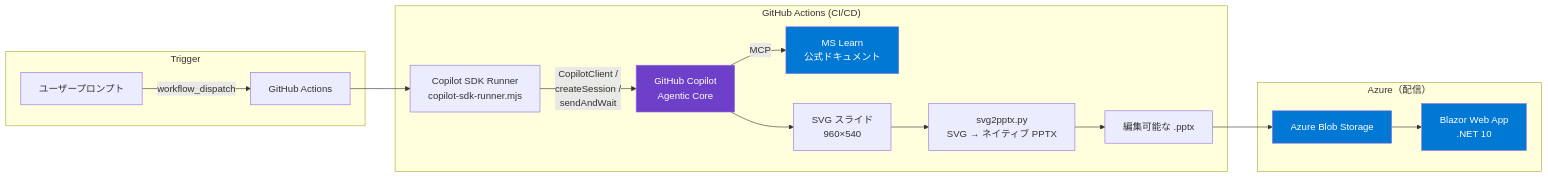
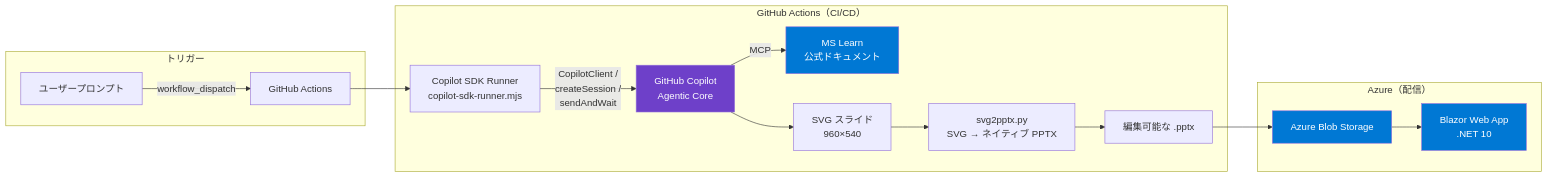
The second of 2 diagrams in README.md (kanazawazawa/copilot-agent-workspace), drawn with Mermaid before and after one commit. The commit also changed other lines of this file and 2 other files, not shown here.

````diff
--- a/README.md
+++ b/README.md
@@ -33,25 +244,25 @@
 ```mermaid
 flowchart LR
-    subgraph Trigger
+    subgraph トリガー
         A[ユーザープロンプト] -->|workflow_dispatch| B[GitHub Actions]
     end
 
-    subgraph "GitHub Actions (CI/CD)"
+    subgraph "GitHub Actions（CI/CD）"
         B --> C[Copilot SDK Runner<br/>copilot-sdk-runner.mjs]
         C -->|"CopilotClient /<br/>createSession /<br/>sendAndWait"| D[GitHub Copilot<br/>Agentic Core]
         D -->|MCP| E[MS Learn<br/>公式ドキュメント]
         D --> F[SVG スライド<br/>960×540]
         F --> G[svg2pptx.py<br/>SVG → ネイティブ PPTX]
         G --> H[編集可能な .pptx]
     end
 
     subgraph "Azure（配信）"
         H --> I[Azure Blob Storage]
         I --> J[Blazor Web App<br/>.NET 10]
     end
 
     style D fill:#6e40c9,color:#fff
     style E fill:#0078d4,color:#fff
     style I fill:#0078d4,color:#fff
     style J fill:#0078d4,color:#fff
 ```
````
